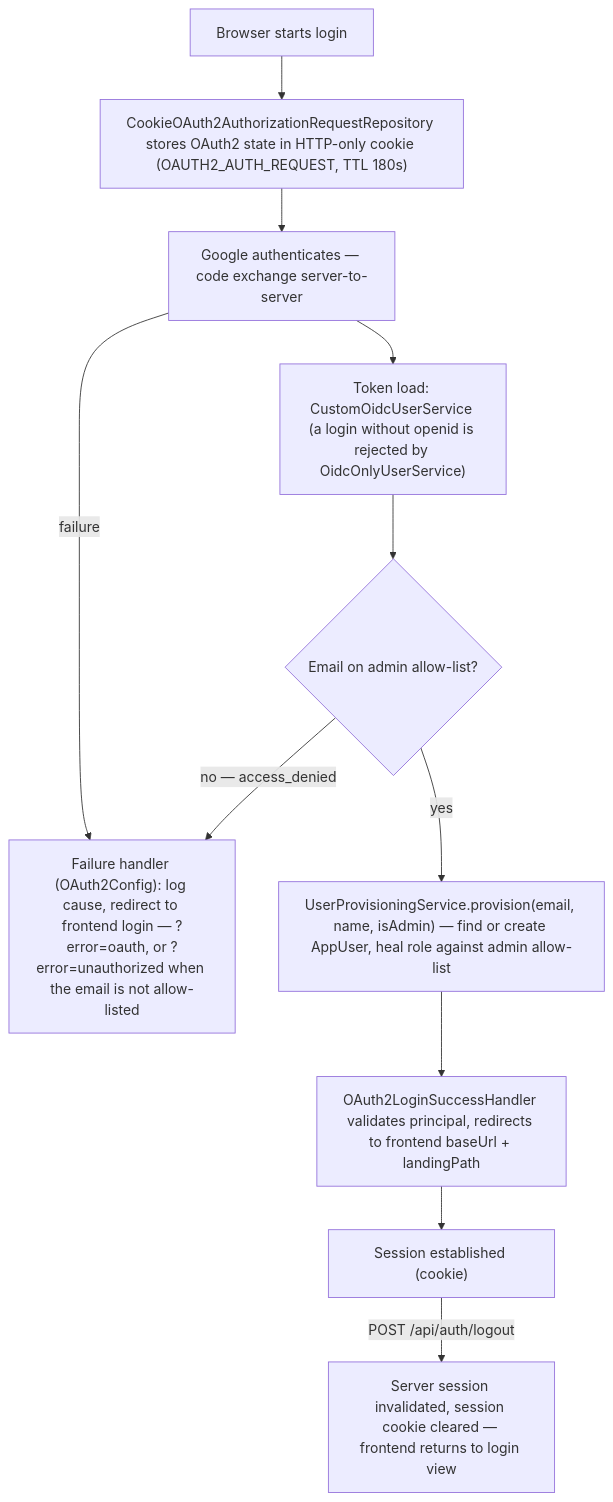
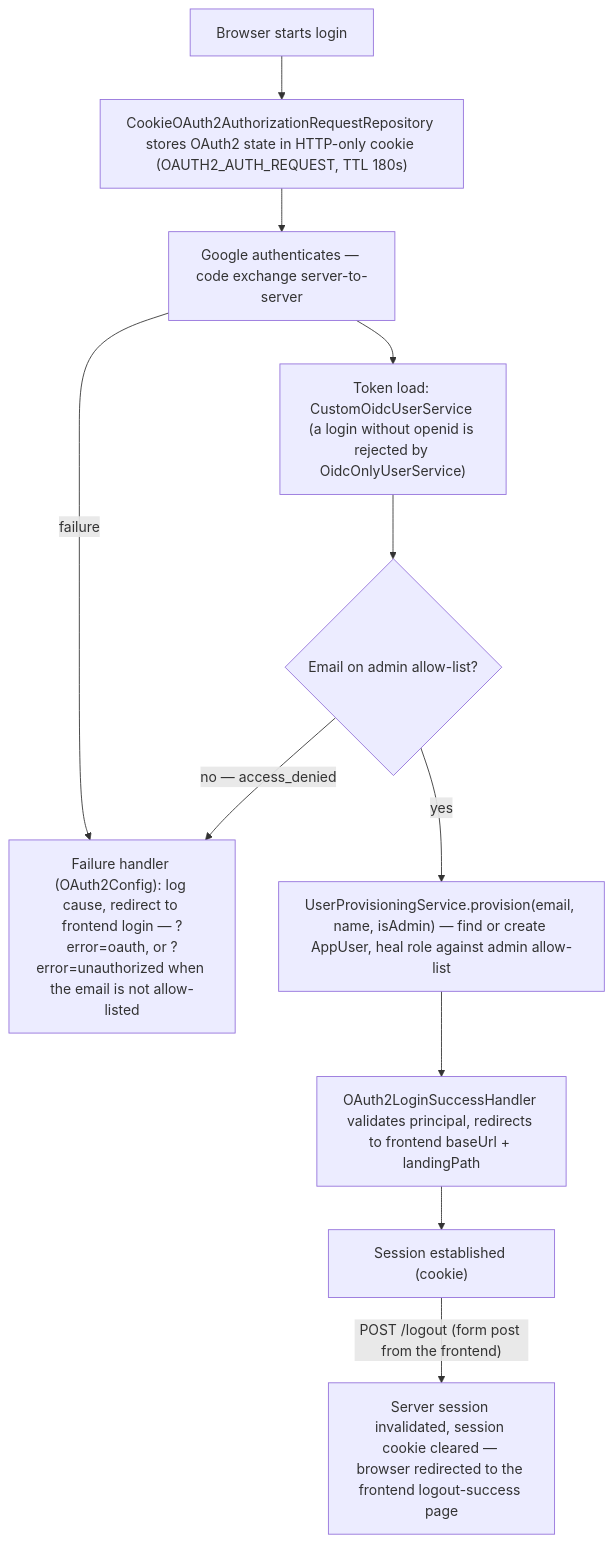
The diagram in docs/backend/architecture/08-concepts.md (Keglev/inventory-service), drawn with Mermaid before and after one commit. The commit also changed other lines of this file and 9 other files, not shown here.

First line of the commit message:
refactor(auth): remove POST /api/auth/logout and the unreachable 204 logout branch (B2-D3, U8) (#435)

````diff
--- a/docs/backend/architecture/08-concepts.md
+++ b/docs/backend/architecture/08-concepts.md
@@ -9,14 +9,14 @@
 ```mermaid
 %%{init: {"flowchart": {"useMaxWidth": false}}}%%
 flowchart TD
   A["Browser starts login"] --> B["CookieOAuth2AuthorizationRequestRepository stores OAuth2 state in HTTP-only cookie (OAUTH2_AUTH_REQUEST, TTL 180s)"]
   B --> C["Google authenticates — code exchange server-to-server"]
   C --> D["Token load: CustomOidcUserService (a login without openid is rejected by OidcOnlyUserService)"]
   D --> AG{"Email on admin allow-list?"}
   AG -->|"no — access_denied"| G
   AG -->|"yes"| E["UserProvisioningService.provision(email, name, isAdmin) — find or create AppUser, heal role against admin allow-list"]
   E --> F["OAuth2LoginSuccessHandler validates principal, redirects to frontend baseUrl + landingPath"]
   C -->|failure| G["Failure handler (OAuth2Config): log cause, redirect to frontend login — ?error=oauth, or ?error=unauthorized when the email is not allow-listed"]
   F --> H["Session established (cookie)"]
-  H -->|"POST /api/auth/logout"| I["Server session invalidated, session cookie cleared — frontend returns to login view"]
+  H -->|"POST /logout (form post from the frontend)"| I["Server session invalidated, session cookie cleared — browser redirected to the frontend logout-success page"]
 ```
````
